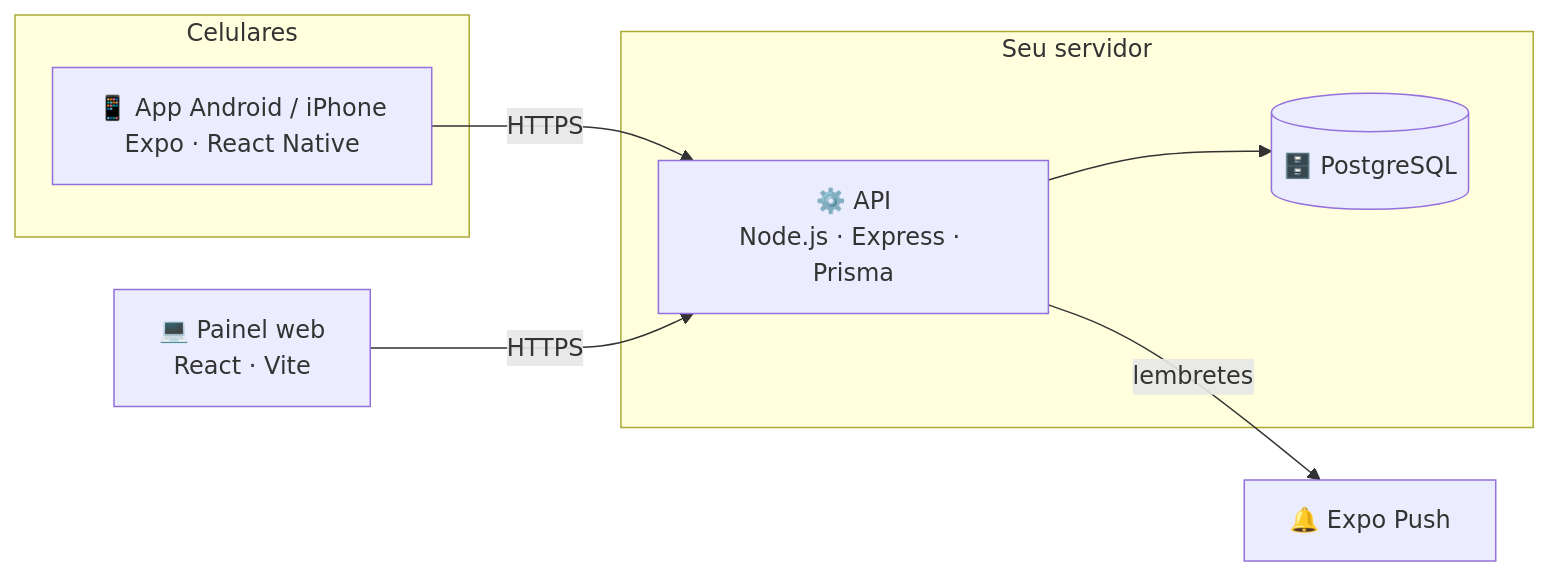
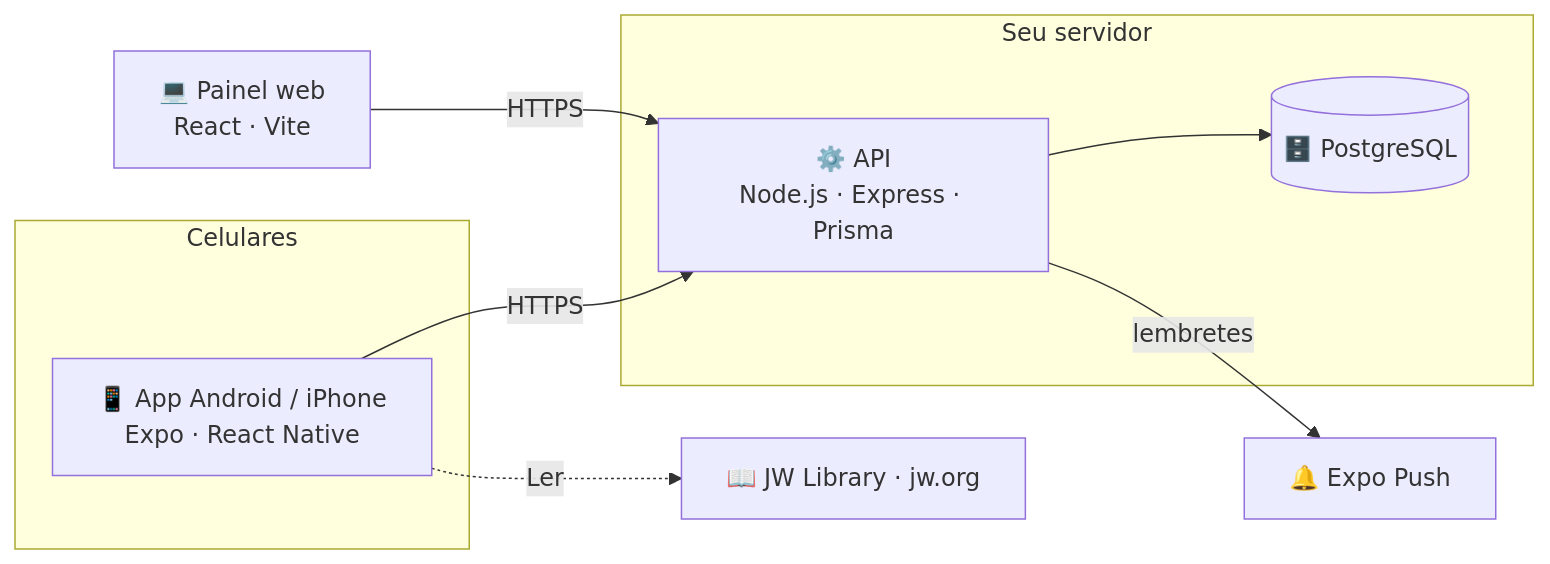
Before and after one commit to jricardoc/designacoes-jw: the diagram in README.md, drawn with Mermaid. The commit also changed other lines of this file, not shown here.

````diff
--- a/README.md
+++ b/README.md
@@ -100,15 +162,16 @@
 ```mermaid
 flowchart LR
   subgraph Celulares
     A[📱 App Android / iPhone<br/>Expo · React Native]
   end
   W[💻 Painel web<br/>React · Vite]
   subgraph Seu servidor
     API[⚙️ API<br/>Node.js · Express · Prisma]
     DB[(🗄️ PostgreSQL)]
   end
   A -- HTTPS --> API
   W -- HTTPS --> API
   API --> DB
   API -- lembretes --> PUSH[🔔 Expo Push]
+  A -. Ler .-> JW[📖 JW Library · jw.org]
 ```
````
